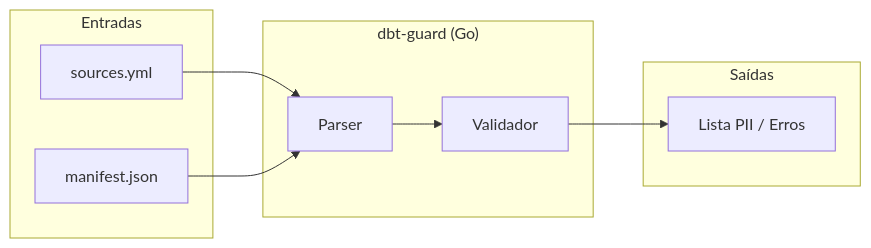
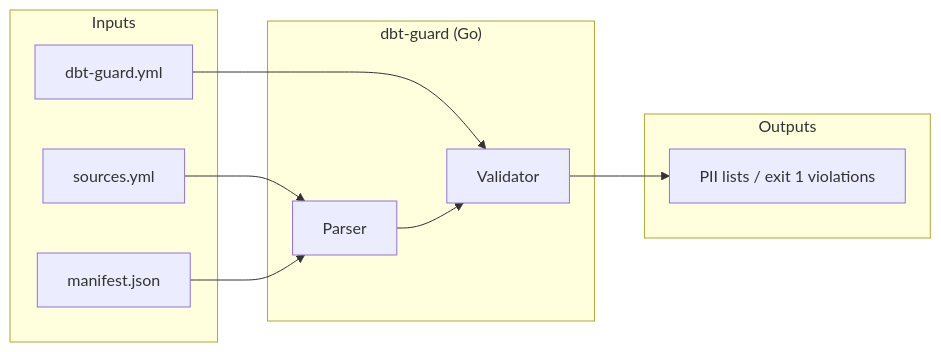
The first of 5 diagrams in docs/README.md (renatoprovi/dbt-guard), drawn with Mermaid before and after one commit. The commit also changed other lines of this file and 20 other files, not shown here.

````diff
--- a/docs/README.md
+++ b/docs/README.md
@@ -11,18 +16,20 @@
 ```mermaid
 flowchart LR
-    subgraph Entradas
+    subgraph Inputs
         A[sources.yml]
         B[manifest.json]
+        C[dbt-guard.yml]
     end
     subgraph dbt_guard["dbt-guard (Go)"]
-        C[Parser]
-        D[Validador]
+        P[Parser]
+        V[Validator]
     end
-    subgraph Saídas
-        E[Lista PII / Erros]
+    subgraph Outputs
+        E[PII lists / exit 1 violations]
     end
-    A --> C
-    B --> C
-    C --> D
-    D --> E
+    A --> P
+    B --> P
+    C --> V
+    P --> V
+    V --> E
 ```
````
